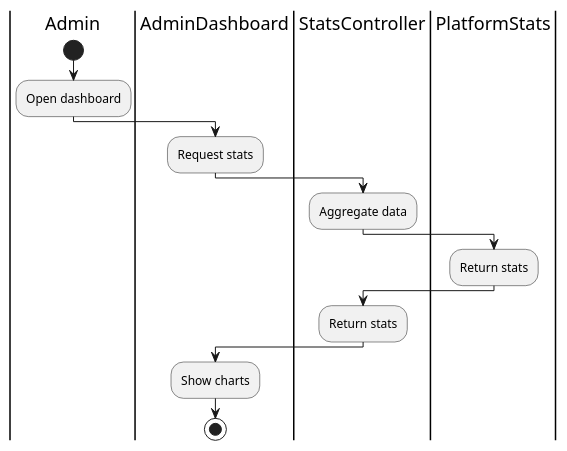
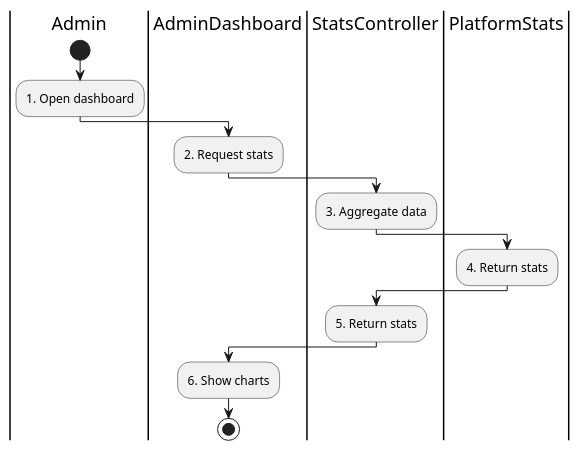
Before and after one commit to Huangphoux/uit-SE357_requirement: the diagram in docs/2. Diagrams/Activity diagram/20. ViewPlatformStats/ViewPlatformStats.pu, drawn with PlantUML. The commit also changed 85 other files, not shown here.

```diff
--- a/docs/2. Diagrams/Activity diagram/20. ViewPlatformStats/ViewPlatformStats.pu
+++ b/docs/2. Diagrams/Activity diagram/20. ViewPlatformStats/ViewPlatformStats.pu
@@ -1,16 +1,16 @@
 @startuml ViewPlatformStats
 |Admin|
 start
-:Open dashboard;
+:1. Open dashboard;
 |AdminDashboard|
-:Request stats;
+:2. Request stats;
 |StatsController|
-:Aggregate data;
+:3. Aggregate data;
 |PlatformStats|
-:Return stats;
+:4. Return stats;
 |StatsController|
-:Return stats;
+:5. Return stats;
 |AdminDashboard|
-:Show charts;
+:6. Show charts;
 stop
 @enduml
```
